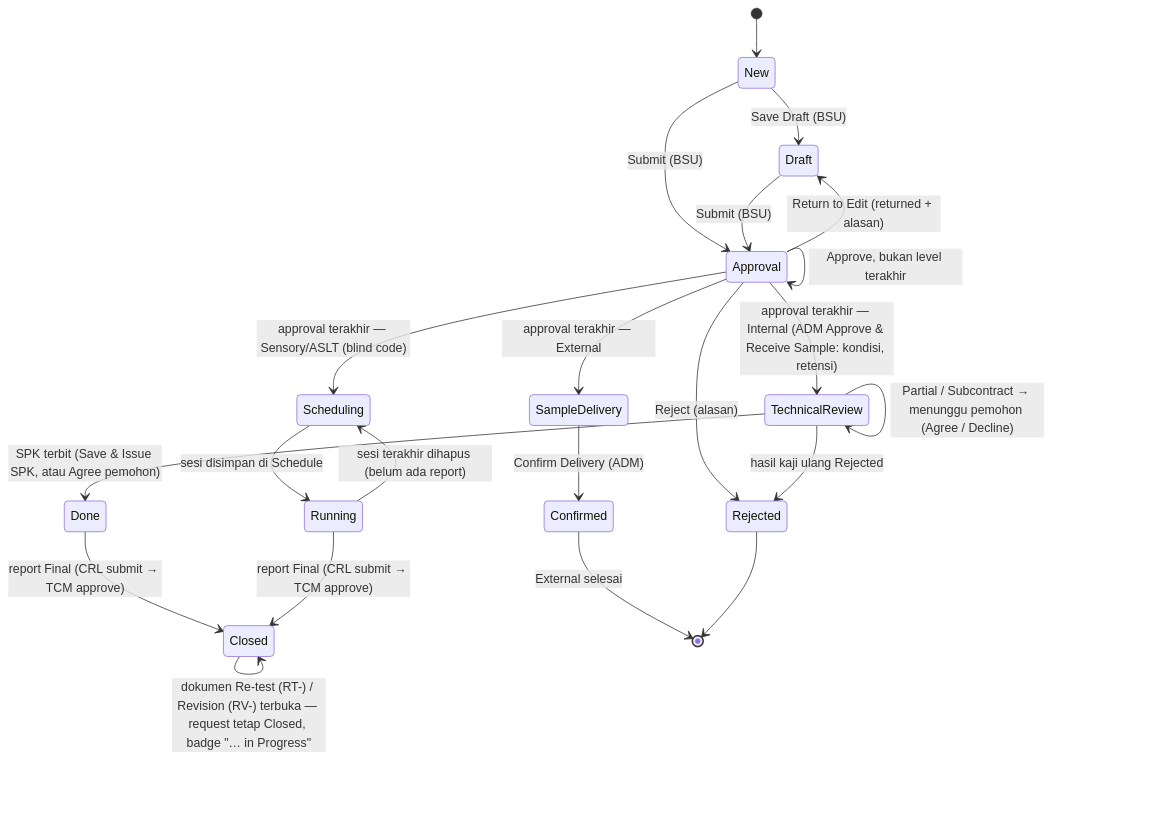
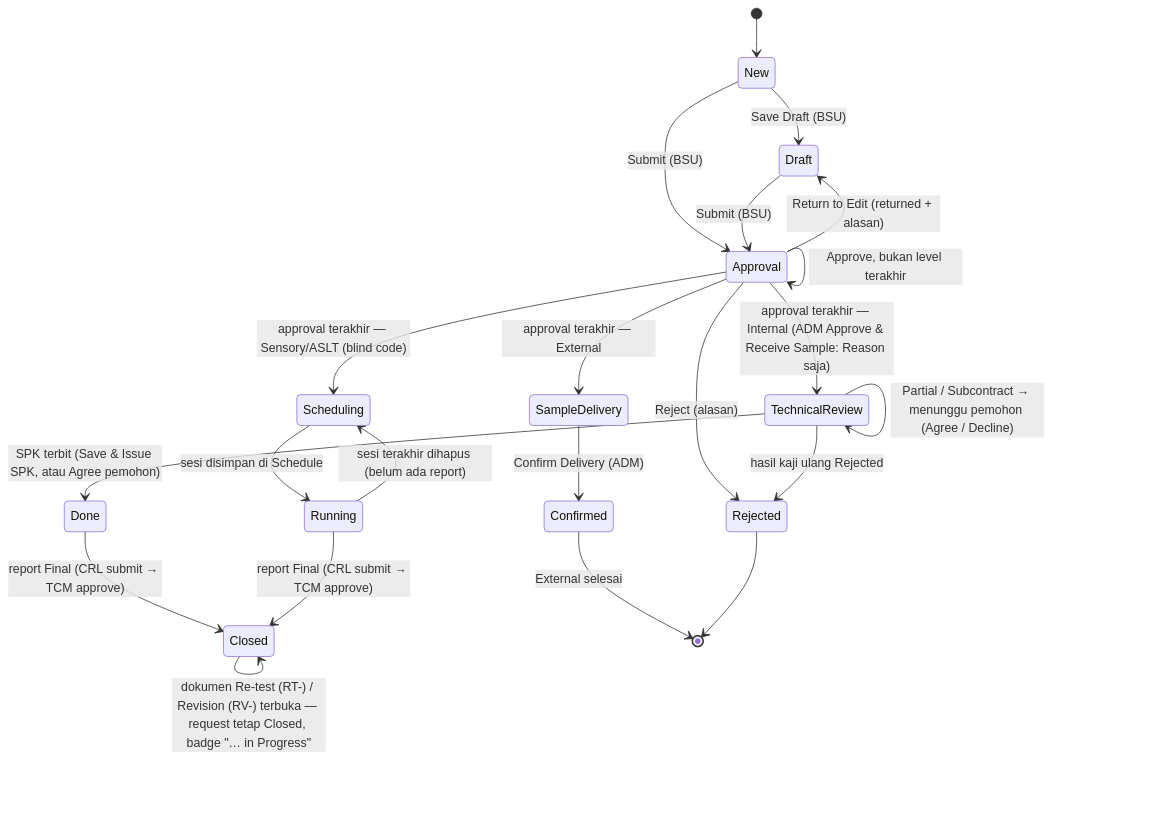
The second of 7 diagrams in docs/FLOWCHART.md (RianBentang/onegenesis-lab-mockup), drawn with Mermaid before and after one commit. The commit also changed other lines of this file and 14 other files, not shown here.

First line of the commit message:
Re-test both ways with cross approval; sample receipt is one Reason field

````diff
--- a/docs/FLOWCHART.md
+++ b/docs/FLOWCHART.md
@@ -26,24 +26,24 @@
 ```mermaid
 stateDiagram-v2
   [*] --> New
   New --> Draft: Save Draft (BSU)
   New --> Approval: Submit (BSU)
   Draft --> Approval: Submit (BSU)
   Approval --> Approval: Approve, bukan level terakhir
   Approval --> Draft: Return to Edit (returned + alasan)
   Approval --> Rejected: Reject (alasan)
-  Approval --> TechnicalReview: approval terakhir — Internal (ADM Approve & Receive Sample: kondisi, retensi)
+  Approval --> TechnicalReview: approval terakhir — Internal (ADM Approve & Receive Sample: Reason saja)
   TechnicalReview --> TechnicalReview: Partial / Subcontract → menunggu pemohon (Agree / Decline)
   TechnicalReview --> Done: SPK terbit (Save & Issue SPK, atau Agree pemohon)
   TechnicalReview --> Rejected: hasil kaji ulang Rejected
   Approval --> SampleDelivery: approval terakhir — External
   Approval --> Scheduling: approval terakhir — Sensory/ASLT (blind code)
   SampleDelivery --> Confirmed: Confirm Delivery (ADM)
   Scheduling --> Running: sesi disimpan di Schedule
   Running --> Scheduling: sesi terakhir dihapus (belum ada report)
   Done --> Closed: report Final (CRL submit → TCM approve)
   Running --> Closed: report Final (CRL submit → TCM approve)
   Closed --> Closed: dokumen Re-test (RT-) / Revision (RV-) terbuka — request tetap Closed, badge "… in Progress"
   Confirmed --> [*]: External selesai
   Rejected --> [*]
 ```
````
